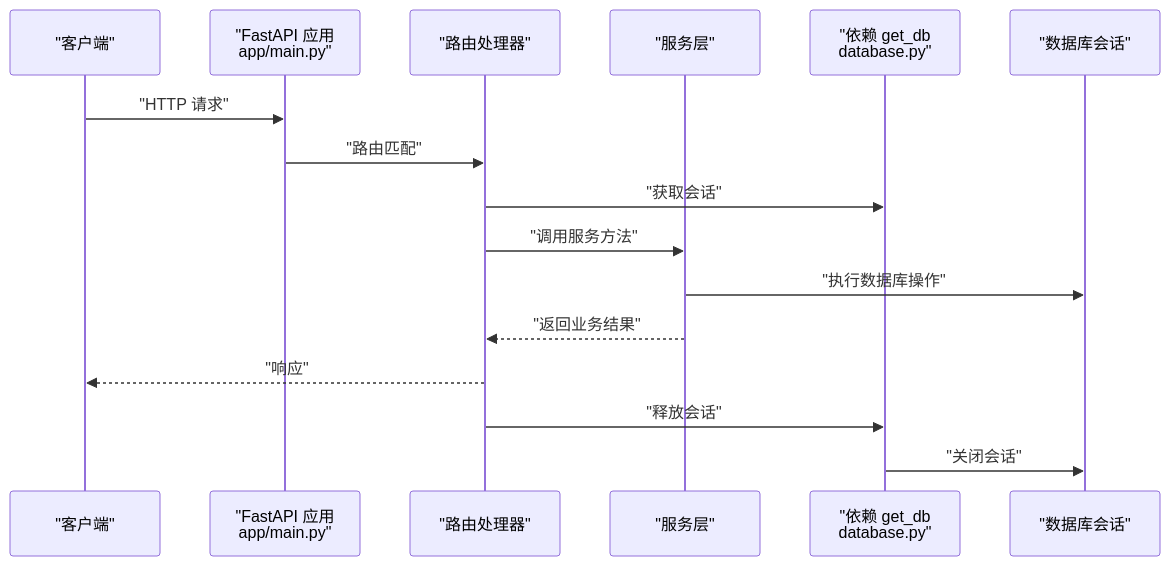
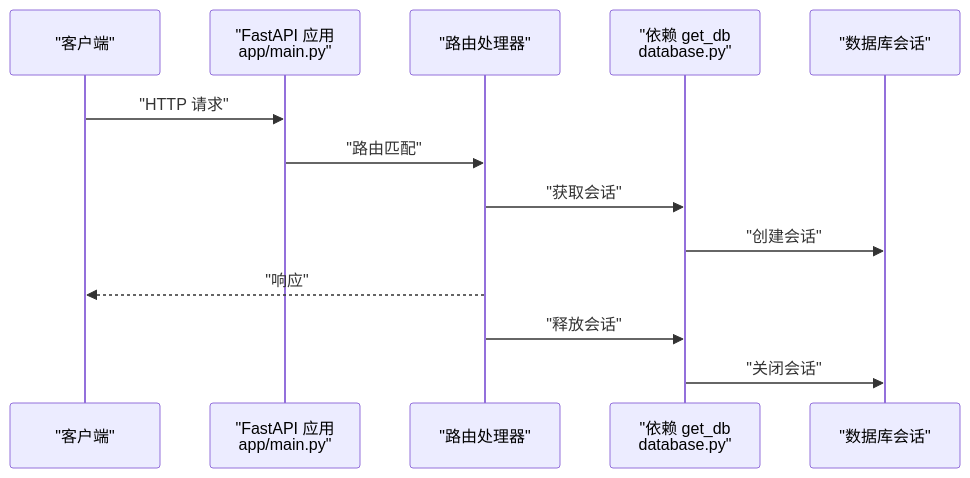
One commit to gujialind/InvestRing changed the sixth of 10 diagrams in .qoder/repowiki/zh/content/系统架构/后端架构.md. Above: the diagram before and after it, drawn with Mermaid. The commit also changed other lines of this file and 65 other files, not shown here.

````diff
--- a/.qoder/repowiki/zh/content/系统架构/后端架构.md
+++ b/.qoder/repowiki/zh/content/系统架构/后端架构.md
@@ -343,18 +312,15 @@
 ```mermaid
 sequenceDiagram
 participant Client as "客户端"
 participant App as "FastAPI 应用<br/>app/main.py"
 participant Router as "路由处理器"
-participant Service as "服务层"
 participant DBDep as "依赖 get_db<br/>database.py"
 participant DB as "数据库会话"
 Client->>App : "HTTP 请求"
 App->>Router : "路由匹配"
 Router->>DBDep : "获取会话"
-Router->>Service : "调用服务方法"
-Service->>DB : "执行数据库操作"
-Service-->>Router : "返回业务结果"
+DBDep->>DB : "创建会话"
 Router-->>Client : "响应"
 Router->>DBDep : "释放会话"
 DBDep->>DB : "关闭会话"
 ```
````
